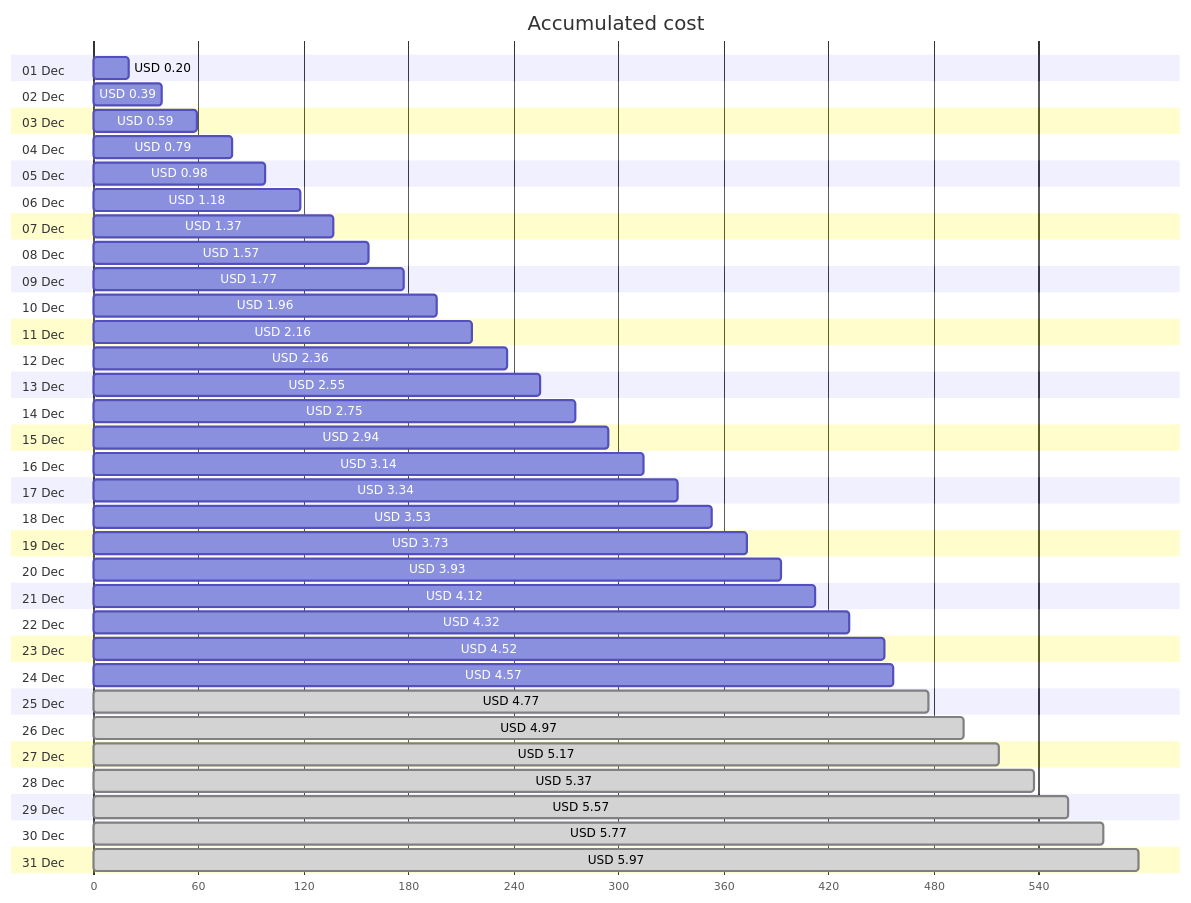
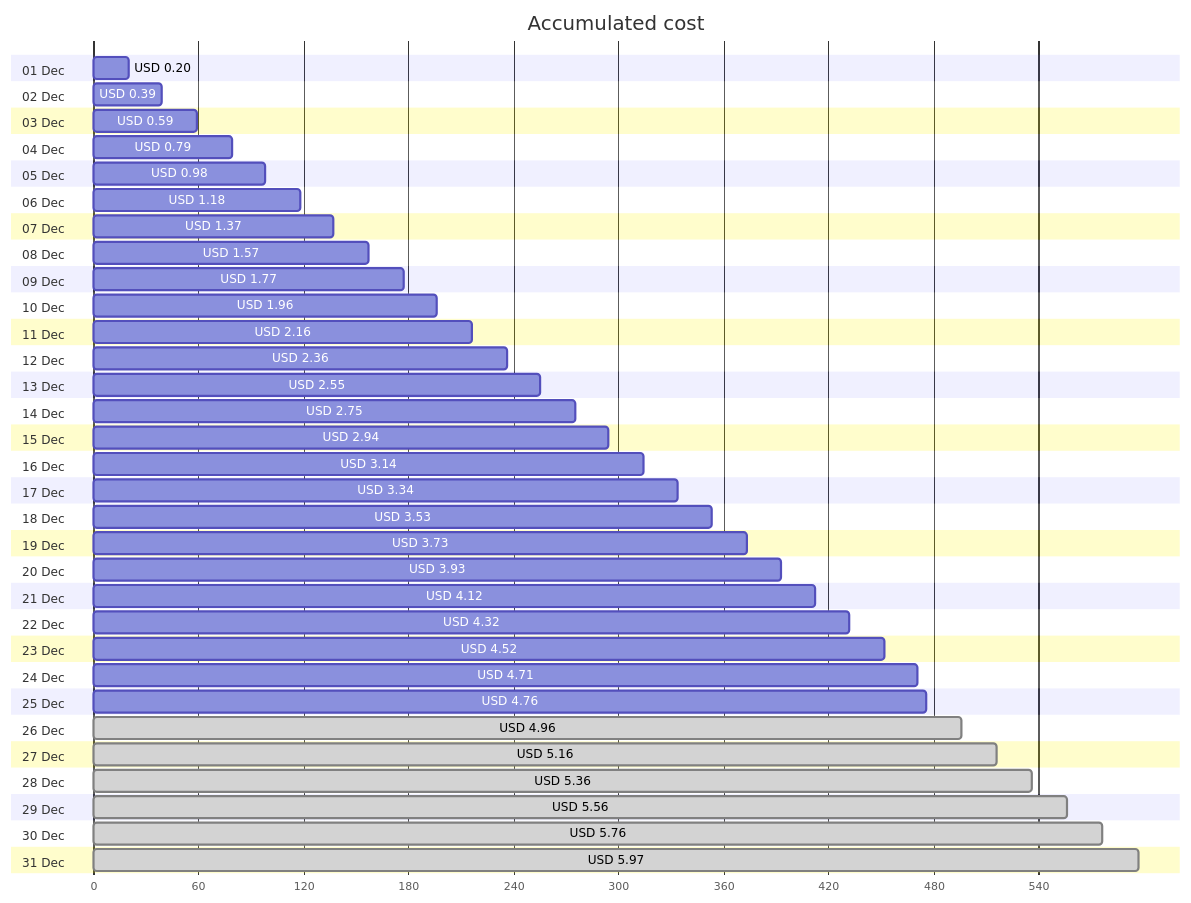
Before and after one commit to jpfulton/azure-personal-reports: the first of 4 diagrams in cost-reports/personal-network/backup-server.md, drawn with Mermaid. The commit also changed other lines of this file and 8 other files, not shown here.

````diff
--- a/cost-reports/personal-network/backup-server.md
+++ b/cost-reports/personal-network/backup-server.md
@@ -20,68 +20,68 @@
 ```mermaid
 gantt
    title Accumulated cost
    dateFormat  X
    axisFormat %s
    section 01 Dec
    USD 0.20 :0, 20
    section 02 Dec
    USD 0.39 :0, 39
    section 03 Dec
    USD 0.59 :0, 59
    section 04 Dec
    USD 0.79 :0, 79
    section 05 Dec
    USD 0.98 :0, 98
    section 06 Dec
    USD 1.18 :0, 118
    section 07 Dec
    USD 1.37 :0, 137
    section 08 Dec
    USD 1.57 :0, 157
    section 09 Dec
    USD 1.77 :0, 177
    section 10 Dec
    USD 1.96 :0, 196
    section 11 Dec
    USD 2.16 :0, 216
    section 12 Dec
    USD 2.36 :0, 236
    section 13 Dec
    USD 2.55 :0, 255
    section 14 Dec
    USD 2.75 :0, 275
    section 15 Dec
    USD 2.94 :0, 294
    section 16 Dec
    USD 3.14 :0, 314
    section 17 Dec
    USD 3.34 :0, 334
    section 18 Dec
    USD 3.53 :0, 353
    section 19 Dec
    USD 3.73 :0, 373
    section 20 Dec
    USD 3.93 :0, 393
    section 21 Dec
    USD 4.12 :0, 412
    section 22 Dec
    USD 4.32 :0, 432
    section 23 Dec
    USD 4.52 :0, 452
    section 24 Dec
-   USD 4.57 :0, 457
+   USD 4.71 :0, 471
    section 25 Dec
-   USD 4.77 : done, 0, 477
+   USD 4.76 :0, 476
    section 26 Dec
-   USD 4.97 : done, 0, 497
+   USD 4.96 : done, 0, 496
    section 27 Dec
-   USD 5.17 : done, 0, 517
+   USD 5.16 : done, 0, 516
    section 28 Dec
-   USD 5.37 : done, 0, 537
+   USD 5.36 : done, 0, 536
    section 29 Dec
-   USD 5.57 : done, 0, 557
+   USD 5.56 : done, 0, 556
    section 30 Dec
-   USD 5.77 : done, 0, 577
+   USD 5.76 : done, 0, 576
    section 31 Dec
    USD 5.97 : done, 0, 597
 ```
````
